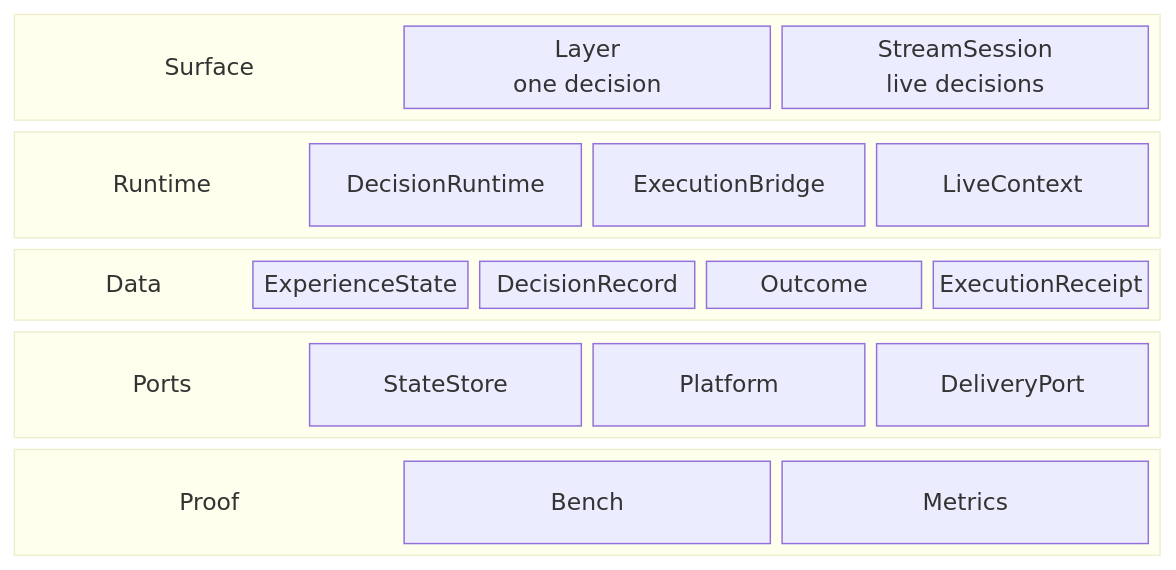
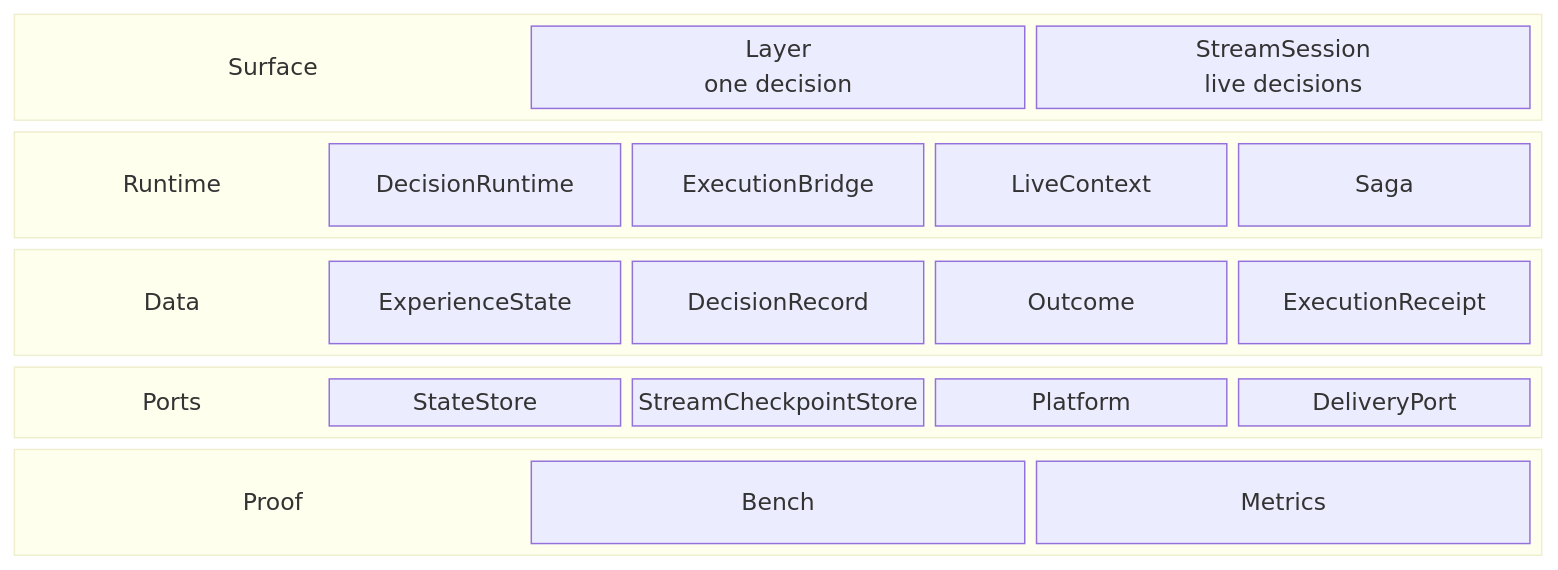
Before and after one commit to michaelatamuk/laix: the diagram in docs/appkit/00-appkit-architecture.md, drawn with Mermaid. The commit also changed other lines of this file and 35 other files, not shown here.

````diff
--- a/docs/appkit/00-appkit-architecture.md
+++ b/docs/appkit/00-appkit-architecture.md
@@ -6,49 +6,51 @@
 ```mermaid
 block-beta
     columns 1
 
     block:surface_group
         columns 3
         surface_label["Surface"]
         layer["Layer<br/>one decision"]
         stream["StreamSession<br/>live decisions"]
     end
 
     block:runtime_group
-        columns 4
+        columns 5
         runtime_label["Runtime"]
         runtime["DecisionRuntime"]
         execution["ExecutionBridge"]
         live["LiveContext"]
+        saga["Saga"]
     end
 
     block:data_group
         columns 5
         data_label["Data"]
         state["ExperienceState"]
         record["DecisionRecord"]
         outcomes["Outcome"]
         receipt["ExecutionReceipt"]
     end
 
     block:ports_group
-        columns 4
+        columns 5
         ports_label["Ports"]
         state_store["StateStore"]
+        checkpoint["StreamCheckpointStore"]
         platform["Platform"]
         delivery["DeliveryPort"]
     end
 
     block:proof_group
         columns 3
         proof_label["Proof"]
         bench["Bench"]
         metrics["Metrics"]
     end
 
     style surface_label fill:transparent,stroke:transparent,font-size:22px,font-weight:bold
     style runtime_label fill:transparent,stroke:transparent,font-size:14px,font-weight:bold
     style data_label fill:transparent,stroke:transparent,font-weight:bold
     style ports_label fill:transparent,stroke:transparent,font-weight:bold
     style proof_label fill:transparent,stroke:transparent,font-weight:bold
 ```
````
